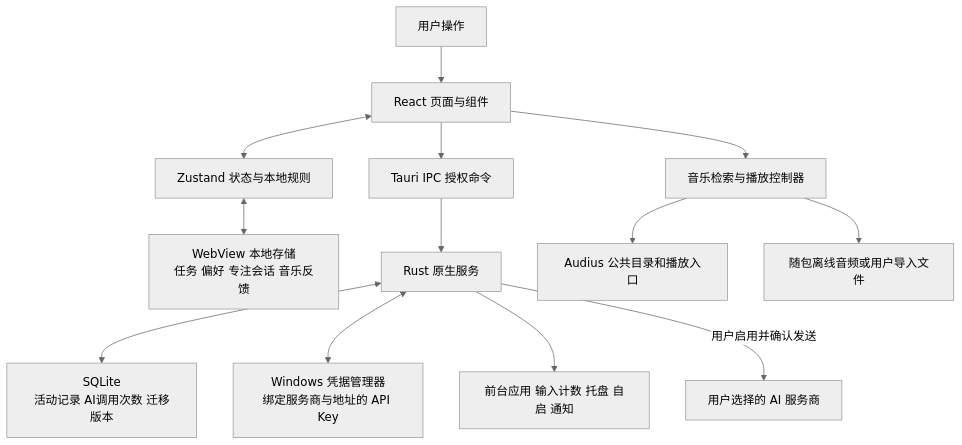
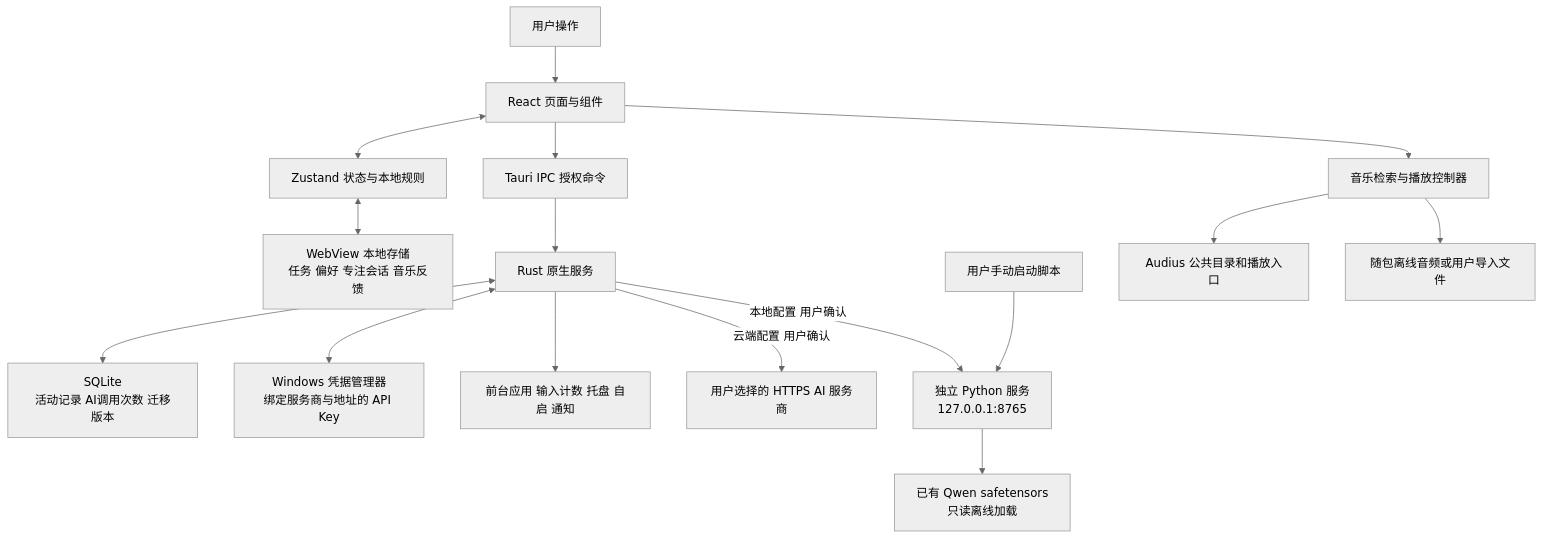
Before and after one commit to wei9719/daymate-desktop: the first of 2 diagrams in docs/engineering-handbook.md, drawn with Mermaid (neutral theme). The commit also changed other lines of this file and 42 other files, not shown here.

````diff
--- a/docs/engineering-handbook.md
+++ b/docs/engineering-handbook.md
@@ -13,15 +13,18 @@
 ```mermaid
 flowchart TD
     U[用户操作] --> R[React 页面与组件]
     R <--> Z[Zustand 状态与本地规则]
     Z <--> W[WebView 本地存储<br/>任务 偏好 专注会话 音乐反馈]
     R --> I[Tauri IPC 授权命令]
     I --> N[Rust 原生服务]
     N <--> S[SQLite<br/>活动记录 AI调用次数 迁移版本]
     N <--> K[Windows 凭据管理器<br/>绑定服务商与地址的 API Key]
     N --> OS[前台应用 输入计数 托盘 自启 通知]
-    N -->|用户启用并确认发送| AI[用户选择的 AI 服务商]
+    N -->|云端配置 用户确认| AI[用户选择的 HTTPS AI 服务商]
+    N -->|本地配置 用户确认| PY[独立 Python 服务<br/>127.0.0.1:8765]
+    START[用户手动启动脚本] --> PY
+    PY --> QW[已有 Qwen safetensors<br/>只读离线加载]
     R --> M[音乐检索与播放控制器]
     M --> A[Audius 公共目录和播放入口]
     M --> L[随包离线音频或用户导入文件]
 ```
````
